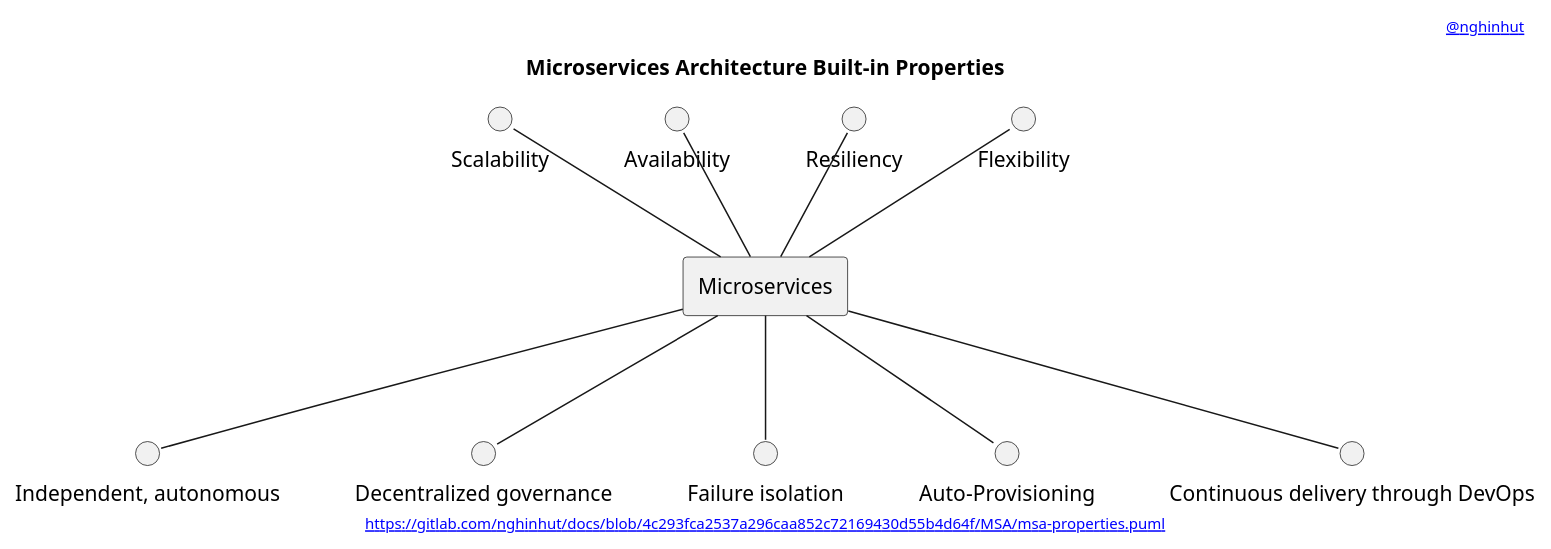
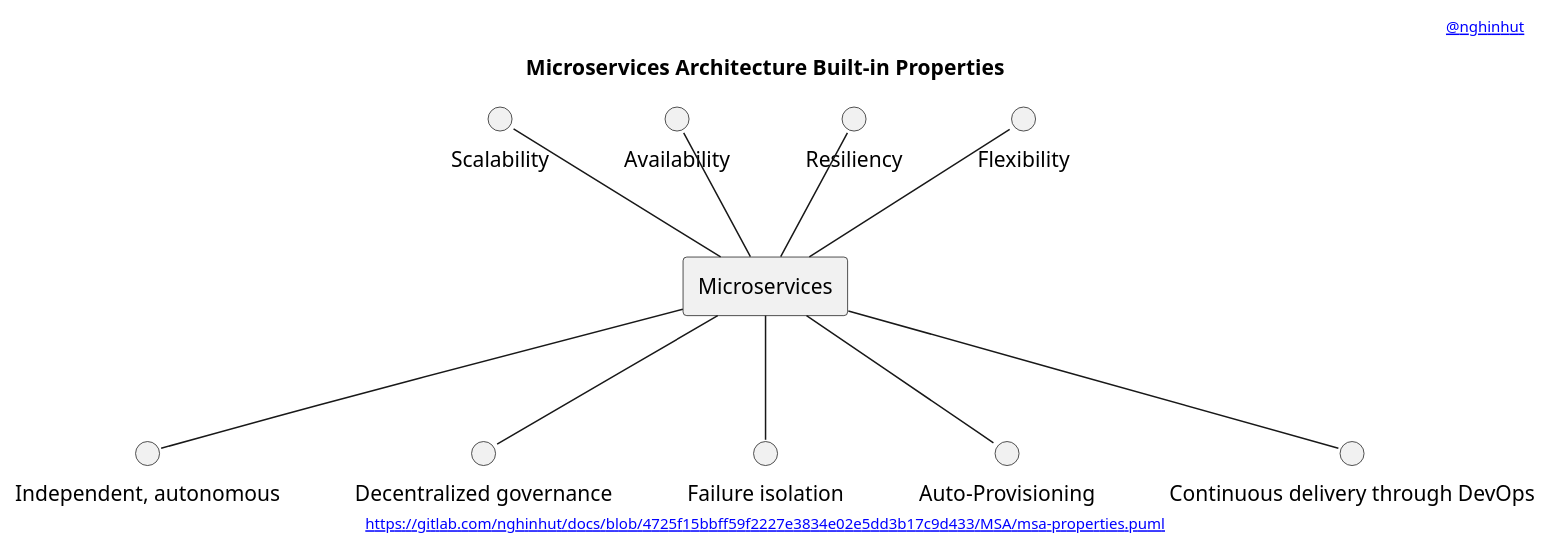
One commit to nghinhut/docs changed the diagram in MSA/msa-properties.puml. Above: the diagram before and after it, drawn with PlantUML. The commit also changed 18 other files, not shown here.

Commit message:
Update diagrams

```diff
--- a/MSA/msa-properties.puml
+++ b/MSA/msa-properties.puml
@@ -1,31 +1,31 @@
 @startuml
 '-----START auto generated metadata please keep comment here to allow auto update-----
 '-----DON'T EDIT THIS SECTION, INSTEAD RE-RUN prebuild.sh TO UPDATE-----
 header [[mailto:nghinhut@gmail.com @nghinhut]]
-footer [[https://gitlab.com/nghinhut/docs/blob/4c293fca2537a296caa852c72169430d55b4d64f/MSA/msa-properties.puml]]
+footer [[http://www.plantuml.com/plantuml/proxy?fmt=svg&src=https://gitlab.com/nghinhut/docs/raw/4725f15bbff59f2227e3834e02e5dd3b17c9d433/MSA/msa-properties.puml https://gitlab.com/nghinhut/docs/blob/4725f15bbff59f2227e3834e02e5dd3b17c9d433/MSA/msa-properties.puml]]
 '-----END auto generated metadata please keep comment here to allow auto update-----
 title Microservices Architecture Built-in Properties
 
 rectangle "Microservices" as msa
 
 circle "Scalability" as scalability
 circle "Availability" as availability
 circle "Resiliency" as resiliency
 circle "Flexibility" as flexibility
 circle "Independent, autonomous" as independent_autonomous
 circle "Decentralized governance" as decentralized_governance
 circle "Failure isolation" as failure_isolation
 circle "Auto-Provisioning" as auto_provisioning
 circle "Continuous delivery through DevOps" as cd
 
 scalability -- msa
 availability -- msa
 resiliency -- msa
 flexibility -- msa
 msa -- independent_autonomous
 msa -- decentralized_governance
 msa -- failure_isolation
 msa -- auto_provisioning
 msa -- cd
 
 @enduml
```
